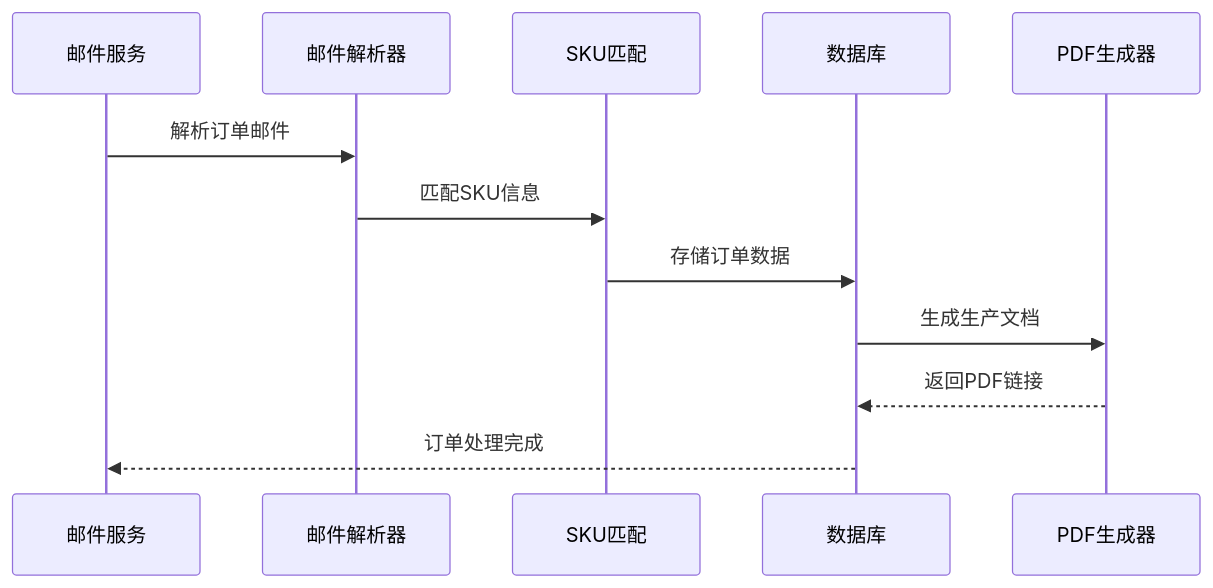
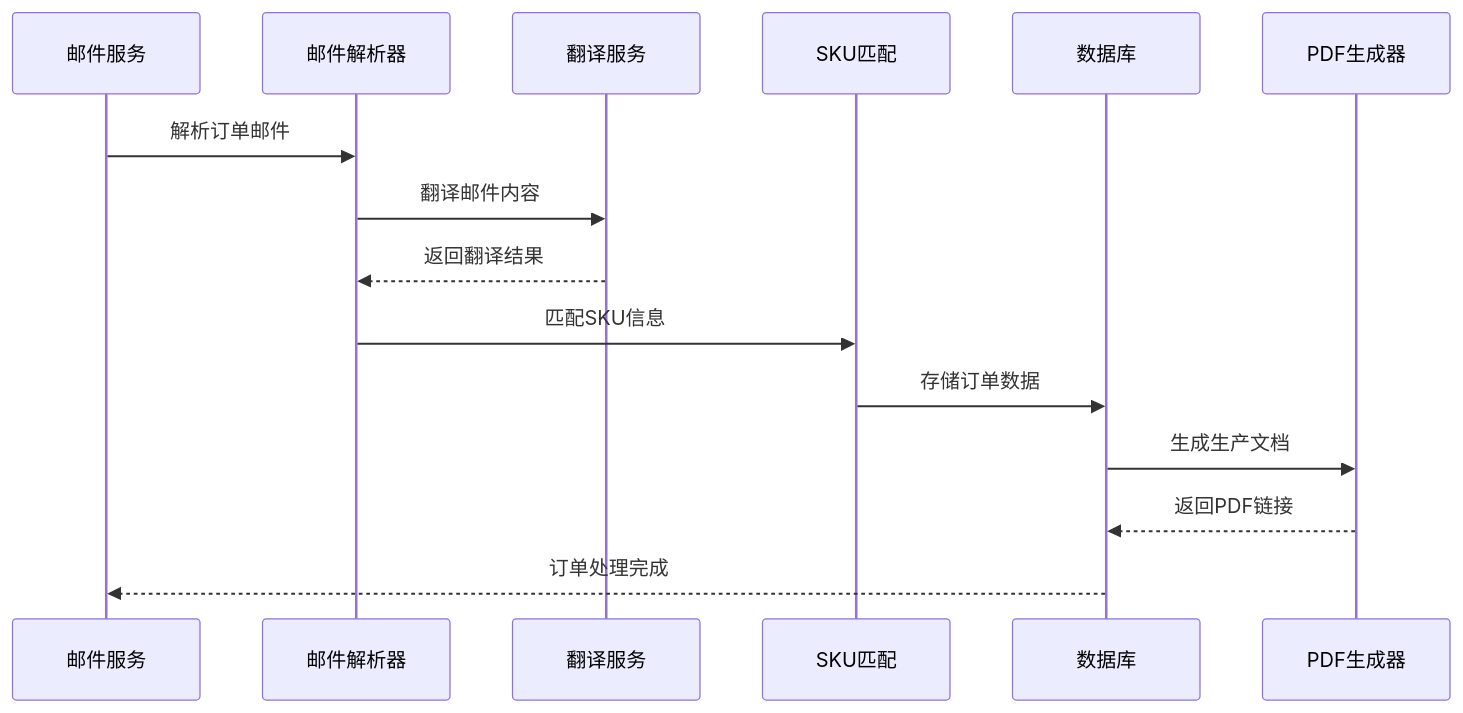
One commit to SY6621/POD-Order-Management changed the seventh of 21 diagrams in .qoder/repowiki/zh/content/开发指南/测试与开发工具.md. Above: the diagram before and after it, drawn with Mermaid. The commit also changed other lines of this file and 20 other files, not shown here.

````diff
--- a/.qoder/repowiki/zh/content/开发指南/测试与开发工具.md
+++ b/.qoder/repowiki/zh/content/开发指南/测试与开发工具.md
@@ -327,14 +367,17 @@
 ```mermaid
 sequenceDiagram
 participant Email as 邮件服务
 participant Parser as 邮件解析器
+participant Translation as 翻译服务
 participant SKU as SKU匹配
 participant DB as 数据库
 participant PDF as PDF生成器
 Email->>Parser : 解析订单邮件
+Parser->>Translation : 翻译邮件内容
+Translation-->>Parser : 返回翻译结果
 Parser->>SKU : 匹配SKU信息
 SKU->>DB : 存储订单数据
 DB->>PDF : 生成生产文档
 PDF-->>DB : 返回PDF链接
 DB-->>Email : 订单处理完成
 ```
````
